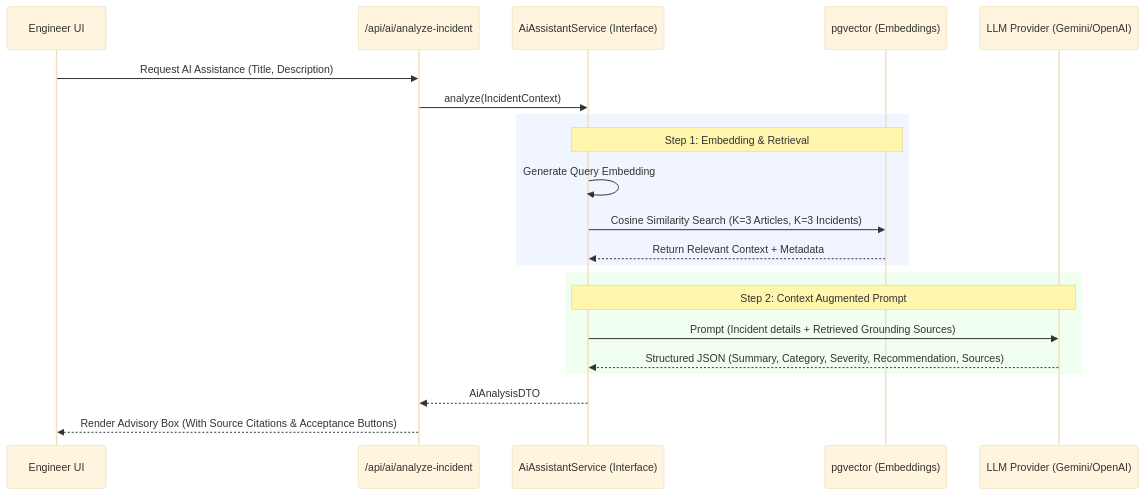
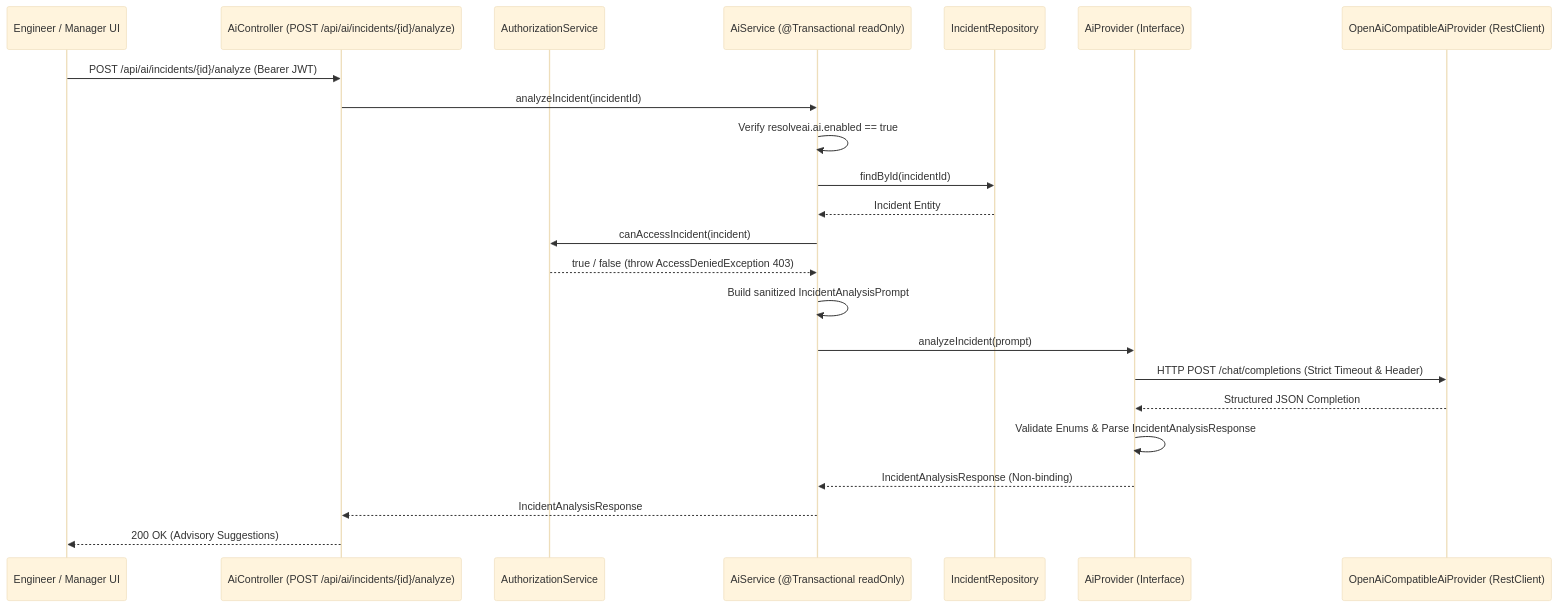
Before and after one commit to shanmukhveeravalli/ResolveAI: the second of 2 diagrams in docs/architecture/architecture.md, drawn with Mermaid (base theme). The commit also changed other lines of this file and 20 other files, not shown here.

````diff
--- a/docs/architecture/architecture.md
+++ b/docs/architecture/architecture.md
@@ -210,27 +212,26 @@
 ```mermaid
 sequenceDiagram
-    participant Eng as Engineer UI
-    participant API as /api/ai/analyze-incident
-    participant AISvc as AiAssistantService (Interface)
-    participant VectorDB as pgvector (Embeddings)
-    participant LLM as LLM Provider (Gemini/OpenAI)
+    participant Caller as Engineer / Manager UI
+    participant Ctrl as AiController (POST /api/ai/incidents/{id}/analyze)
+    participant Auth as AuthorizationService
+    participant AISvc as AiService (@Transactional readOnly)
+    participant Repo as IncidentRepository
+    participant Provider as AiProvider (Interface)
+    participant LLM as OpenAiCompatibleAiProvider (RestClient)
 
-    Eng->>API: Request AI Assistance (Title, Description)
-    API->>AISvc: analyze(IncidentContext)
-    
-    rect rgb(240, 245, 255)
-    Note over AISvc,VectorDB: Step 1: Embedding & Retrieval
-    AISvc->>AISvc: Generate Query Embedding
-    AISvc->>VectorDB: Cosine Similarity Search (K=3 Articles, K=3 Incidents)
-    VectorDB-->>AISvc: Return Relevant Context + Metadata
-    end
-
-    rect rgb(240, 255, 240)
-    Note over AISvc,LLM: Step 2: Context Augmented Prompt
-    AISvc->>LLM: Prompt (Incident details + Retrieved Grounding Sources)
-    LLM-->>AISvc: Structured JSON (Summary, Category, Severity, Recommendation, Sources)
-    end
-
-    AISvc-->>API: AiAnalysisDTO
-    API-->>Eng: Render Advisory Box (With Source Citations & Acceptance Buttons)
+    Caller->>Ctrl: POST /api/ai/incidents/{id}/analyze (Bearer JWT)
+    Ctrl->>AISvc: analyzeIncident(incidentId)
+    AISvc->>AISvc: Verify resolveai.ai.enabled == true
+    AISvc->>Repo: findById(incidentId)
+    Repo-->>AISvc: Incident Entity
+    AISvc->>Auth: canAccessIncident(incident)
+    Auth-->>AISvc: true / false (throw AccessDeniedException 403)
+    AISvc->>AISvc: Build sanitized IncidentAnalysisPrompt
+    AISvc->>Provider: analyzeIncident(prompt)
+    Provider->>LLM: HTTP POST /chat/completions (Strict Timeout & Header)
+    LLM-->>Provider: Structured JSON Completion
+    Provider->>Provider: Validate Enums & Parse IncidentAnalysisResponse
+    Provider-->>AISvc: IncidentAnalysisResponse (Non-binding)
+    AISvc-->>Ctrl: IncidentAnalysisResponse
+    Ctrl-->>Caller: 200 OK (Advisory Suggestions)
 ```
````
